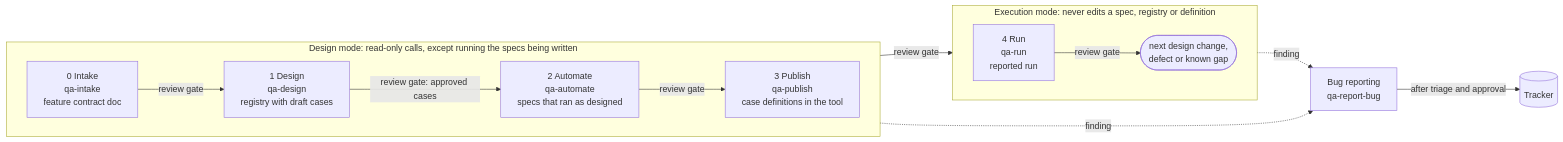
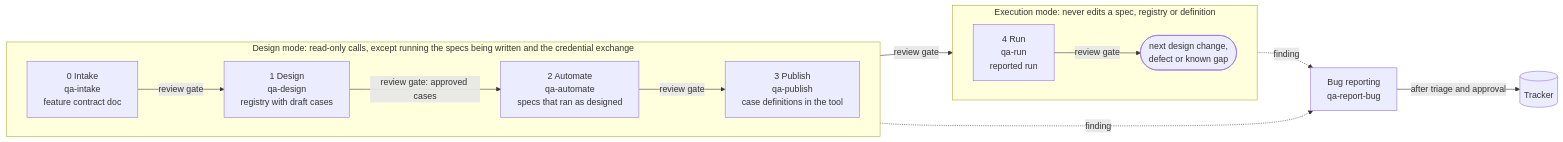
One commit to marceloancieta/api-qa-agentic-framework changed the third of 6 diagrams in docs/architecture.md. Above: the diagram before and after it, drawn with Mermaid. The commit also changed other lines of this file and 54 other files, not shown here.

````diff
--- a/docs/architecture.md
+++ b/docs/architecture.md
@@ -210,21 +210,21 @@
 ```mermaid
 flowchart LR
-  subgraph designMode["Design mode: read-only calls, except running the specs being written"]
+  subgraph designMode["Design mode: read-only calls, except running the specs being written and the credential exchange"]
     direction LR
     p0["0 Intake<br/>qa-intake<br/>feature contract doc"] -->|review gate| p1["1 Design<br/>qa-design<br/>registry with draft cases"]
     p1 -->|"review gate: approved cases"| p2["2 Automate<br/>qa-automate<br/>specs that ran as designed"]
     p2 -->|review gate| p3["3 Publish<br/>qa-publish<br/>case definitions in the tool"]
   end
 
   subgraph execMode["Execution mode: never edits a spec, registry or definition"]
     direction LR
     p4["4 Run<br/>qa-run<br/>reported run"] -->|review gate| next(["next design change,<br/>defect or known gap"])
   end
 
   p3 -->|review gate| p4
   bug["Bug reporting<br/>qa-report-bug"]
   trackerTool[("Tracker")]
   designMode -.->|finding| bug
   execMode -.->|finding| bug
   bug -->|after triage and approval| trackerTool
 ```
````
